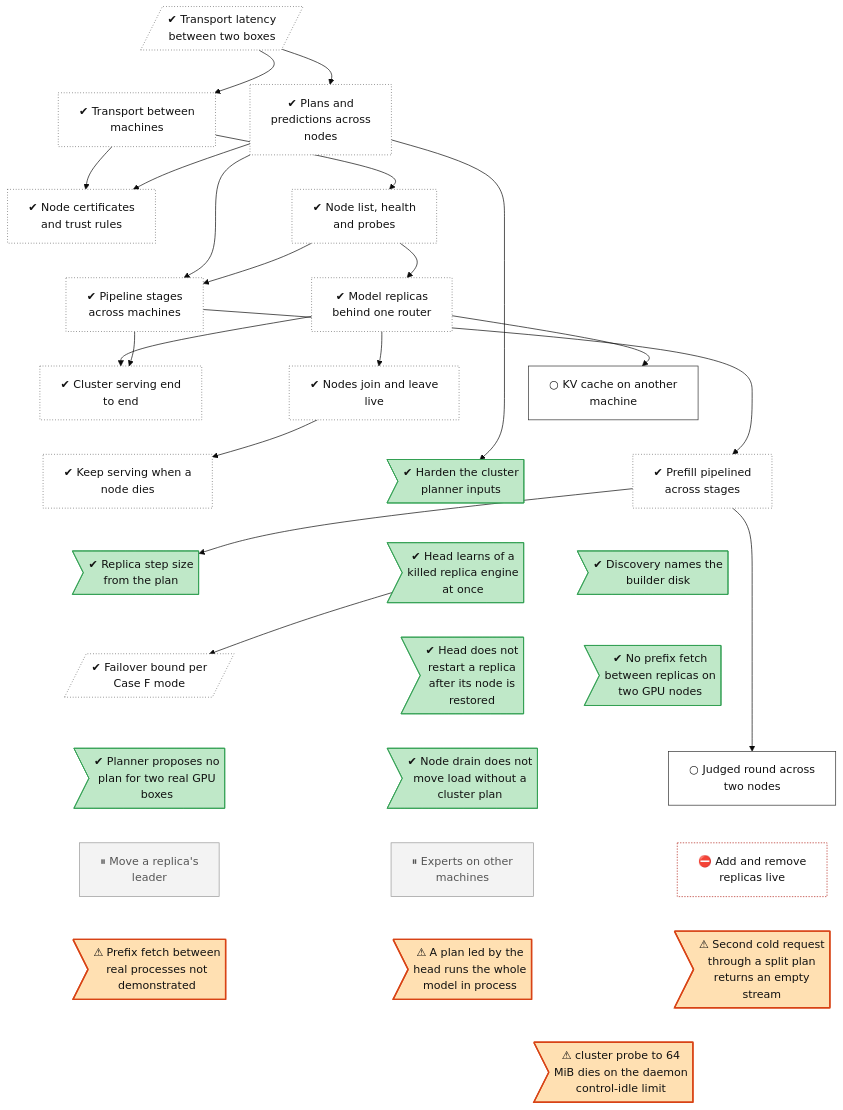
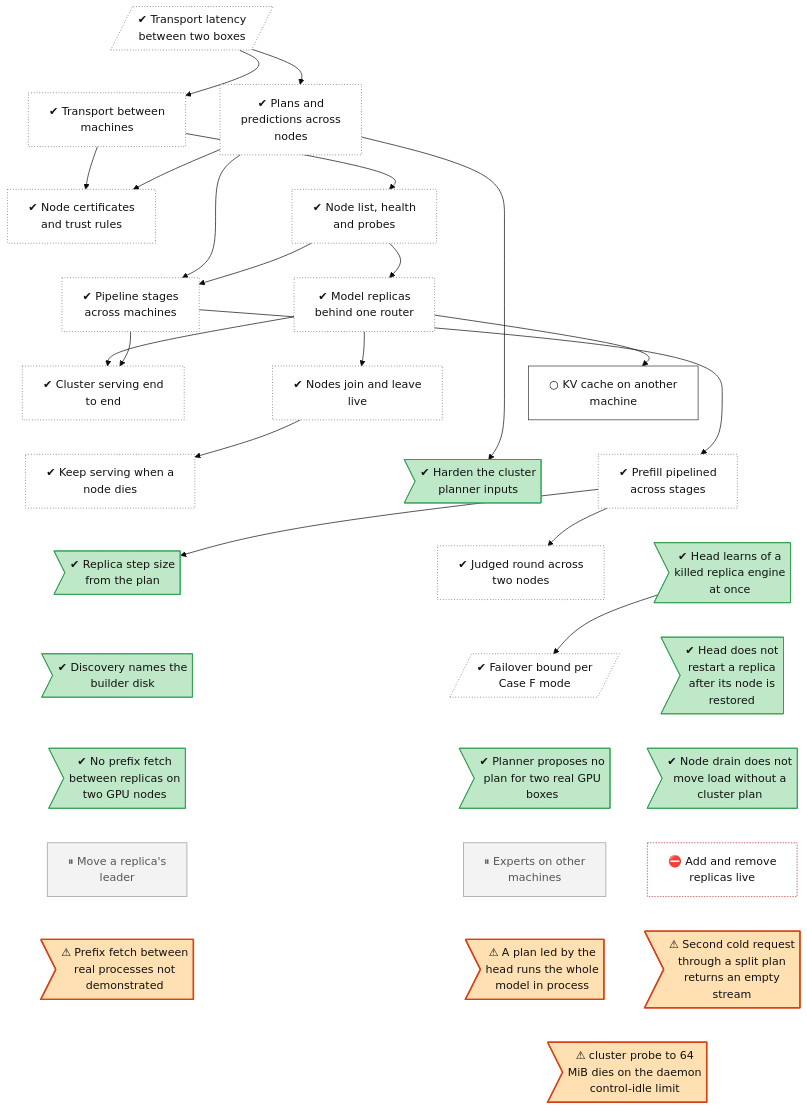
One commit to lhns/tetraeder changed the diagram in docs/roadmap/tracks/cluster.md. Above: the diagram before and after it, drawn with Mermaid (base theme). The commit also changed other lines of this file and 3 other files, not shown here.

Commit message:
Phase 6 judged round command (ADR 0091, 0092); not measured: tree node done, second cold request note

```diff
--- a/docs/roadmap/tracks/cluster.md
+++ b/docs/roadmap/tracks/cluster.md
@@ -23,6 +23,7 @@
     cluster_planner_hardening>"✔ Harden the cluster<br/>planner inputs"]
     cluster_pipeline_prefill["✔ Prefill pipelined<br/>across stages"]
     cluster_step_tokens_from_plan>"✔ Replica step size<br/>from the plan"]
+    cluster_judged_round_cmd["✔ Judged round across<br/>two nodes"]
     cluster_mode1_detection>"✔ Head learns of a<br/>killed replica engine<br/>at once"]
     cluster_discovery_disk_names>"✔ Discovery names the<br/>builder disk"]
     cluster_failover_bound[/"✔ Failover bound per<br/>Case F mode"/]
@@ -30,7 +31,6 @@
     cluster_prefix_fetch_not_triggered>"✔ No prefix fetch<br/>between replicas on<br/>two GPU nodes"]
     cluster_plan_source_gpu_segments>"✔ Planner proposes no<br/>plan for two real GPU<br/>boxes"]
     cluster_drain_without_plan>"✔ Node drain does not<br/>move load without a<br/>cluster plan"]
-    cluster_judged_round_cmd["○ Judged round across<br/>two nodes"]
     cluster_leader_move["⏸ Move a replica's<br/>leader"]
     cluster_experts_nodes["⏸ Experts on other<br/>machines"]
     cluster_replica_scaling["⛔ Add and remove<br/>replicas live"]
@@ -51,17 +51,17 @@
     cluster_join_leave ~~~ cluster_planner_hardening
     cluster_remote_kv ~~~ cluster_pipeline_prefill
     cluster_failover ~~~ cluster_step_tokens_from_plan
-    cluster_planner_hardening ~~~ cluster_mode1_detection
-    cluster_pipeline_prefill ~~~ cluster_discovery_disk_names
-    cluster_step_tokens_from_plan ~~~ cluster_failover_bound
+    cluster_planner_hardening ~~~ cluster_judged_round_cmd
+    cluster_pipeline_prefill ~~~ cluster_mode1_detection
+    cluster_step_tokens_from_plan ~~~ cluster_discovery_disk_names
+    cluster_judged_round_cmd ~~~ cluster_failover_bound
     cluster_mode1_detection ~~~ cluster_rejoin_after_restore
     cluster_discovery_disk_names ~~~ cluster_prefix_fetch_not_triggered
     cluster_failover_bound ~~~ cluster_plan_source_gpu_segments
     cluster_rejoin_after_restore ~~~ cluster_drain_without_plan
-    cluster_prefix_fetch_not_triggered ~~~ cluster_judged_round_cmd
-    cluster_plan_source_gpu_segments ~~~ cluster_leader_move
-    cluster_drain_without_plan ~~~ cluster_experts_nodes
-    cluster_judged_round_cmd ~~~ cluster_replica_scaling
+    cluster_prefix_fetch_not_triggered ~~~ cluster_leader_move
+    cluster_plan_source_gpu_segments ~~~ cluster_experts_nodes
+    cluster_drain_without_plan ~~~ cluster_replica_scaling
     cluster_leader_move ~~~ cluster_prefix_fetch_not_observed
     cluster_experts_nodes ~~~ cluster_head_led_plan_ignores_segments
     cluster_replica_scaling ~~~ cluster_second_cold_request_empty
@@ -84,8 +84,8 @@
     cluster_planner --> cluster_planner_hardening
     cluster_pipeline_nodes --> cluster_pipeline_prefill
     cluster_pipeline_prefill --> cluster_step_tokens_from_plan
+    cluster_pipeline_prefill --> cluster_judged_round_cmd
     cluster_mode1_detection --> cluster_failover_bound
-    cluster_pipeline_prefill --> cluster_judged_round_cmd
     classDef vsucc fill:#2e9e4f,stroke:#1b6b34,color:#fff
     classDef succ fill:#bfe8c8,stroke:#2e9e4f,color:#111
     classDef mixed fill:#ffd37a,stroke:#c98a00,color:#111
@@ -100,8 +100,8 @@
     classDef decided fill:#ece0f7,stroke:#7b3fb5,stroke-dasharray:2 2,color:#111
     classDef finding fill:#ffe0b2,stroke:#d84315,stroke-width:2px,color:#111
     classDef waiting fill:#e3f2fd,stroke:#1f6fc5,stroke-dasharray:5 5,color:#111
-    class cluster_transport_wan,cluster_transport,cluster_planner,cluster_mtls,cluster_discovery,cluster_pipeline_nodes,cluster_replicas,cluster_integration,cluster_join_leave,cluster_failover,cluster_pipeline_prefill,cluster_failover_bound unrated
-    class cluster_remote_kv,cluster_judged_round_cmd next
+    class cluster_transport_wan,cluster_transport,cluster_planner,cluster_mtls,cluster_discovery,cluster_pipeline_nodes,cluster_replicas,cluster_integration,cluster_join_leave,cluster_failover,cluster_pipeline_prefill,cluster_judged_round_cmd,cluster_failover_bound unrated
+    class cluster_remote_kv next
     class cluster_planner_hardening,cluster_step_tokens_from_plan,cluster_mode1_detection,cluster_discovery_disk_names,cluster_rejoin_after_restore,cluster_prefix_fetch_not_triggered,cluster_plan_source_gpu_segments,cluster_drain_without_plan succ
     class cluster_leader_move,cluster_experts_nodes parked
     class cluster_replica_scaling blocked
```
